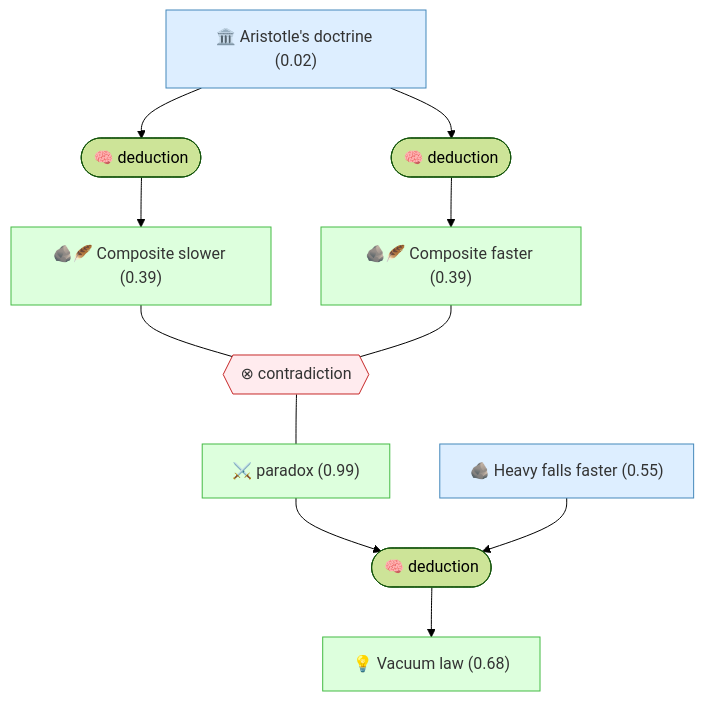
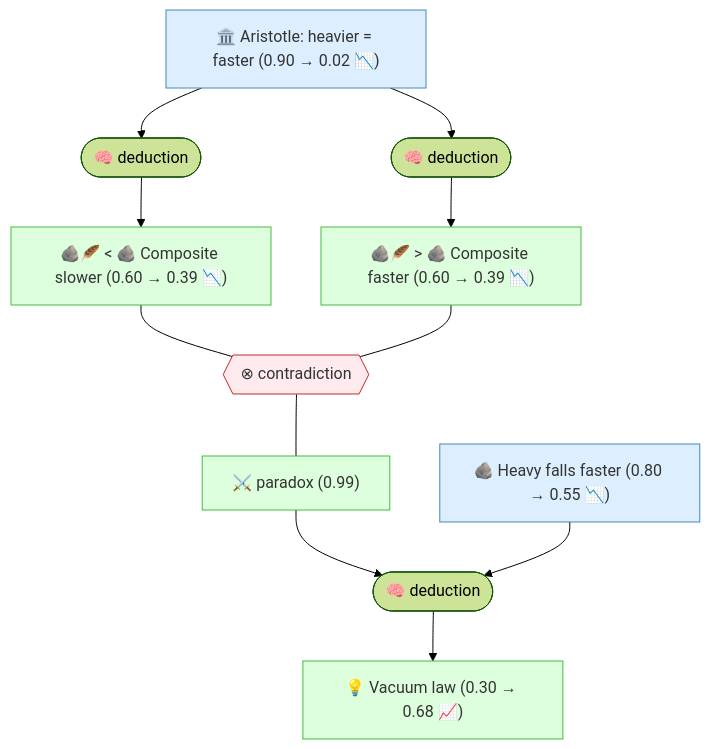
The diagram in README.md (SiliconEinstein/Gaia), drawn with Mermaid (forest theme) before and after one commit.

Commit message:
fix(readme): Mermaid nodes show prior → belief with trend emoji

````diff
--- a/README.md
+++ b/README.md
@@ -49,28 +49,28 @@
 ```mermaid
 graph TD
-    aristotle["🏛️ Aristotle's doctrine (0.02)"]:::premise
-    heavy_faster["🪨 Heavy falls faster (0.55)"]:::premise
-    composite_slower["🪨🪶 Composite slower (0.39)"]:::derived
-    composite_faster["🪨🪶 Composite faster (0.39)"]:::derived
-    vacuum_law["💡 Vacuum law (0.68)"]:::derived
+    aristotle["🏛️ Aristotle: heavier = faster (0.90 → 0.02 📉)"]:::premise
+    heavy_faster["🪨 Heavy falls faster (0.80 → 0.55 📉)"]:::premise
+    composite_slower["🪨🪶 < 🪨 Composite slower (0.60 → 0.39 📉)"]:::derived
+    composite_faster["🪨🪶 > 🪨 Composite faster (0.60 → 0.39 📉)"]:::derived
+    vacuum_law["💡 Vacuum law (0.30 → 0.68 📈)"]:::derived
     paradox["⚔️ paradox (0.99)"]:::derived
     strat_0(["🧠 deduction"])
     aristotle --> strat_0
     strat_0 --> composite_slower
     strat_1(["🧠 deduction"])
     aristotle --> strat_1
     strat_1 --> composite_faster
     strat_2(["🧠 deduction"])
     paradox --> strat_2
     heavy_faster --> strat_2
     strat_2 --> vacuum_law
     oper_0{{"⊗ contradiction"}}:::contra
     composite_slower --- oper_0
     composite_faster --- oper_0
     oper_0 --- paradox
 
     classDef setting fill:#f0f0f0,stroke:#999,color:#333
     classDef premise fill:#ddeeff,stroke:#4488bb,color:#333
     classDef derived fill:#ddffdd,stroke:#44bb44,color:#333
     classDef contra fill:#ffebee,stroke:#c62828,color:#333
 ```
````
